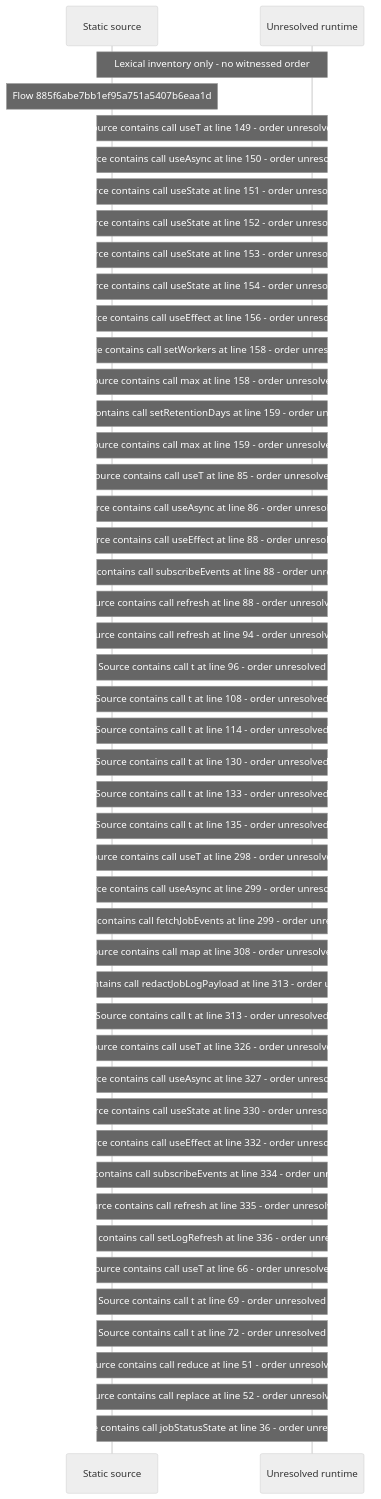
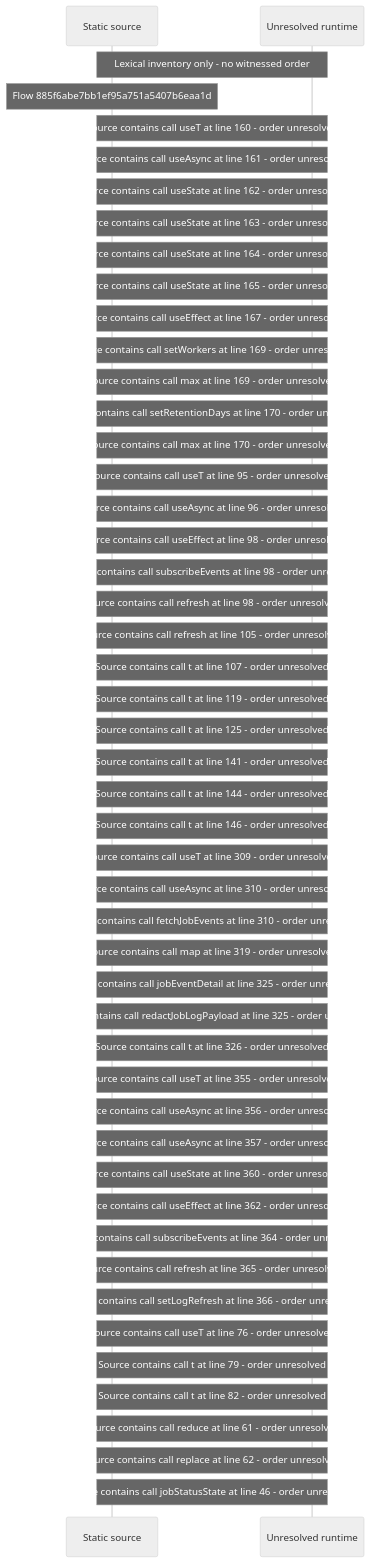
The diagram in docs/web/flows/generated/885f6abe7bb1ef95a751a5407b6eaa1d/flow-diagram.md (beamfall/core), drawn with Mermaid (neutral theme) before and after one commit. The commit also changed other lines of this file and 715 other files, not shown here.

Commit message:
Regenerate the web flow record on the landing stack head (CORE-1762)

````diff
--- a/docs/web/flows/generated/885f6abe7bb1ef95a751a5407b6eaa1d/flow-diagram.md
+++ b/docs/web/flows/generated/885f6abe7bb1ef95a751a5407b6eaa1d/flow-diagram.md
@@ -10,49 +10,51 @@
 ```mermaid
 sequenceDiagram
     participant S as Static source
     participant U as Unresolved runtime
     Note over S,U: Lexical inventory only - no witnessed order
     Note over S: Flow 885f6abe7bb1ef95a751a5407b6eaa1d
-    Note over S,U: Source contains call useT at line 149 - order unresolved
-    Note over S,U: Source contains call useAsync at line 150 - order unresolved
-    Note over S,U: Source contains call useState at line 151 - order unresolved
-    Note over S,U: Source contains call useState at line 152 - order unresolved
-    Note over S,U: Source contains call useState at line 153 - order unresolved
-    Note over S,U: Source contains call useState at line 154 - order unresolved
-    Note over S,U: Source contains call useEffect at line 156 - order unresolved
-    Note over S,U: Source contains call setWorkers at line 158 - order unresolved
-    Note over S,U: Source contains call max at line 158 - order unresolved
-    Note over S,U: Source contains call setRetentionDays at line 159 - order unresolved
-    Note over S,U: Source contains call max at line 159 - order unresolved
-    Note over S,U: Source contains call useT at line 85 - order unresolved
-    Note over S,U: Source contains call useAsync at line 86 - order unresolved
-    Note over S,U: Source contains call useEffect at line 88 - order unresolved
-    Note over S,U: Source contains call subscribeEvents at line 88 - order unresolved
-    Note over S,U: Source contains call refresh at line 88 - order unresolved
-    Note over S,U: Source contains call refresh at line 94 - order unresolved
-    Note over S,U: Source contains call t at line 96 - order unresolved
-    Note over S,U: Source contains call t at line 108 - order unresolved
-    Note over S,U: Source contains call t at line 114 - order unresolved
-    Note over S,U: Source contains call t at line 130 - order unresolved
-    Note over S,U: Source contains call t at line 133 - order unresolved
-    Note over S,U: Source contains call t at line 135 - order unresolved
-    Note over S,U: Source contains call useT at line 298 - order unresolved
-    Note over S,U: Source contains call useAsync at line 299 - order unresolved
-    Note over S,U: Source contains call fetchJobEvents at line 299 - order unresolved
-    Note over S,U: Source contains call map at line 308 - order unresolved
-    Note over S,U: Source contains call redactJobLogPayload at line 313 - order unresolved
-    Note over S,U: Source contains call t at line 313 - order unresolved
-    Note over S,U: Source contains call useT at line 326 - order unresolved
-    Note over S,U: Source contains call useAsync at line 327 - order unresolved
-    Note over S,U: Source contains call useState at line 330 - order unresolved
-    Note over S,U: Source contains call useEffect at line 332 - order unresolved
-    Note over S,U: Source contains call subscribeEvents at line 334 - order unresolved
-    Note over S,U: Source contains call refresh at line 335 - order unresolved
-    Note over S,U: Source contains call setLogRefresh at line 336 - order unresolved
-    Note over S,U: Source contains call useT at line 66 - order unresolved
-    Note over S,U: Source contains call t at line 69 - order unresolved
-    Note over S,U: Source contains call t at line 72 - order unresolved
-    Note over S,U: Source contains call reduce at line 51 - order unresolved
-    Note over S,U: Source contains call replace at line 52 - order unresolved
-    Note over S,U: Source contains call jobStatusState at line 36 - order unresolved
+    Note over S,U: Source contains call useT at line 160 - order unresolved
+    Note over S,U: Source contains call useAsync at line 161 - order unresolved
+    Note over S,U: Source contains call useState at line 162 - order unresolved
+    Note over S,U: Source contains call useState at line 163 - order unresolved
+    Note over S,U: Source contains call useState at line 164 - order unresolved
+    Note over S,U: Source contains call useState at line 165 - order unresolved
+    Note over S,U: Source contains call useEffect at line 167 - order unresolved
+    Note over S,U: Source contains call setWorkers at line 169 - order unresolved
+    Note over S,U: Source contains call max at line 169 - order unresolved
+    Note over S,U: Source contains call setRetentionDays at line 170 - order unresolved
+    Note over S,U: Source contains call max at line 170 - order unresolved
+    Note over S,U: Source contains call useT at line 95 - order unresolved
+    Note over S,U: Source contains call useAsync at line 96 - order unresolved
+    Note over S,U: Source contains call useEffect at line 98 - order unresolved
+    Note over S,U: Source contains call subscribeEvents at line 98 - order unresolved
+    Note over S,U: Source contains call refresh at line 98 - order unresolved
+    Note over S,U: Source contains call refresh at line 105 - order unresolved
+    Note over S,U: Source contains call t at line 107 - order unresolved
+    Note over S,U: Source contains call t at line 119 - order unresolved
+    Note over S,U: Source contains call t at line 125 - order unresolved
+    Note over S,U: Source contains call t at line 141 - order unresolved
+    Note over S,U: Source contains call t at line 144 - order unresolved
+    Note over S,U: Source contains call t at line 146 - order unresolved
+    Note over S,U: Source contains call useT at line 309 - order unresolved
+    Note over S,U: Source contains call useAsync at line 310 - order unresolved
+    Note over S,U: Source contains call fetchJobEvents at line 310 - order unresolved
+    Note over S,U: Source contains call map at line 319 - order unresolved
+    Note over S,U: Source contains call jobEventDetail at line 325 - order unresolved
+    Note over S,U: Source contains call redactJobLogPayload at line 325 - order unresolved
+    Note over S,U: Source contains call t at line 326 - order unresolved
+    Note over S,U: Source contains call useT at line 355 - order unresolved
+    Note over S,U: Source contains call useAsync at line 356 - order unresolved
+    Note over S,U: Source contains call useAsync at line 357 - order unresolved
+    Note over S,U: Source contains call useState at line 360 - order unresolved
+    Note over S,U: Source contains call useEffect at line 362 - order unresolved
+    Note over S,U: Source contains call subscribeEvents at line 364 - order unresolved
+    Note over S,U: Source contains call refresh at line 365 - order unresolved
+    Note over S,U: Source contains call setLogRefresh at line 366 - order unresolved
+    Note over S,U: Source contains call useT at line 76 - order unresolved
+    Note over S,U: Source contains call t at line 79 - order unresolved
+    Note over S,U: Source contains call t at line 82 - order unresolved
+    Note over S,U: Source contains call reduce at line 61 - order unresolved
+    Note over S,U: Source contains call replace at line 62 - order unresolved
+    Note over S,U: Source contains call jobStatusState at line 46 - order unresolved
 ```
````
